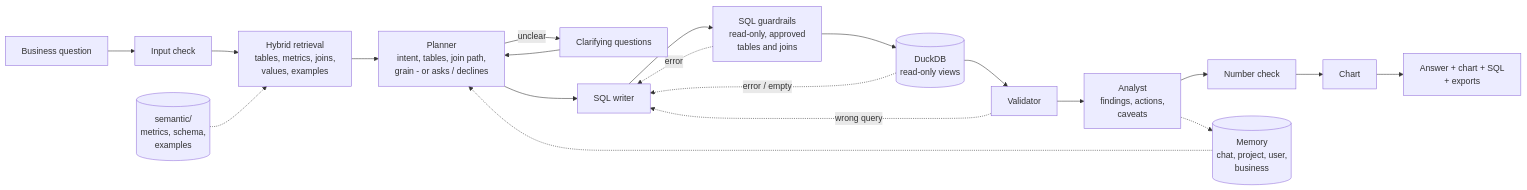
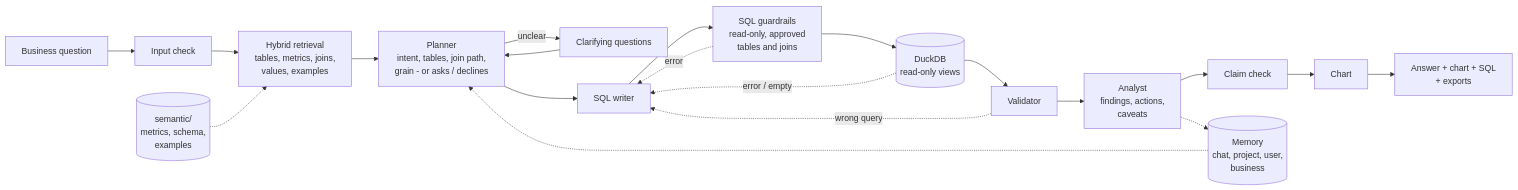
Before and after one commit to Meetpanchal58/pantree-insights-agent: the diagram in README.md, drawn with Mermaid. The commit also changed other lines of this file and 64 other files, not shown here.

````diff
--- a/README.md
+++ b/README.md
@@ -44,19 +125,19 @@
 ```mermaid
 flowchart LR
     Q[Business question] --> IC[Input check]
     IC --> R[Hybrid retrieval<br/>tables, metrics, joins,<br/>values, examples]
     R --> P[Planner<br/>intent, tables, join path,<br/>grain - or asks / declines]
     P -->|unclear| C[Clarifying questions] --> P
     P --> W[SQL writer]
     W --> G[SQL guardrails<br/>read-only, approved<br/>tables and joins]
     G --> DB[(DuckDB<br/>read-only views)]
     DB --> V[Validator]
     G -.->|error| W
     DB -.->|error / empty| W
     V -.->|wrong query| W
     V --> A[Analyst<br/>findings, actions,<br/>caveats]
-    A --> N[Number check] --> CH[Chart] --> OUT[Answer + chart + SQL<br/>+ exports]
+    A --> N[Claim check] --> CH[Chart] --> OUT[Answer + chart + SQL<br/>+ exports]
     S[(semantic/<br/>metrics, schema,<br/>examples)] -.-> R
     M[(Memory<br/>chat, project, user,<br/>business)] -.-> P
     A -.-> M
 ```
````
